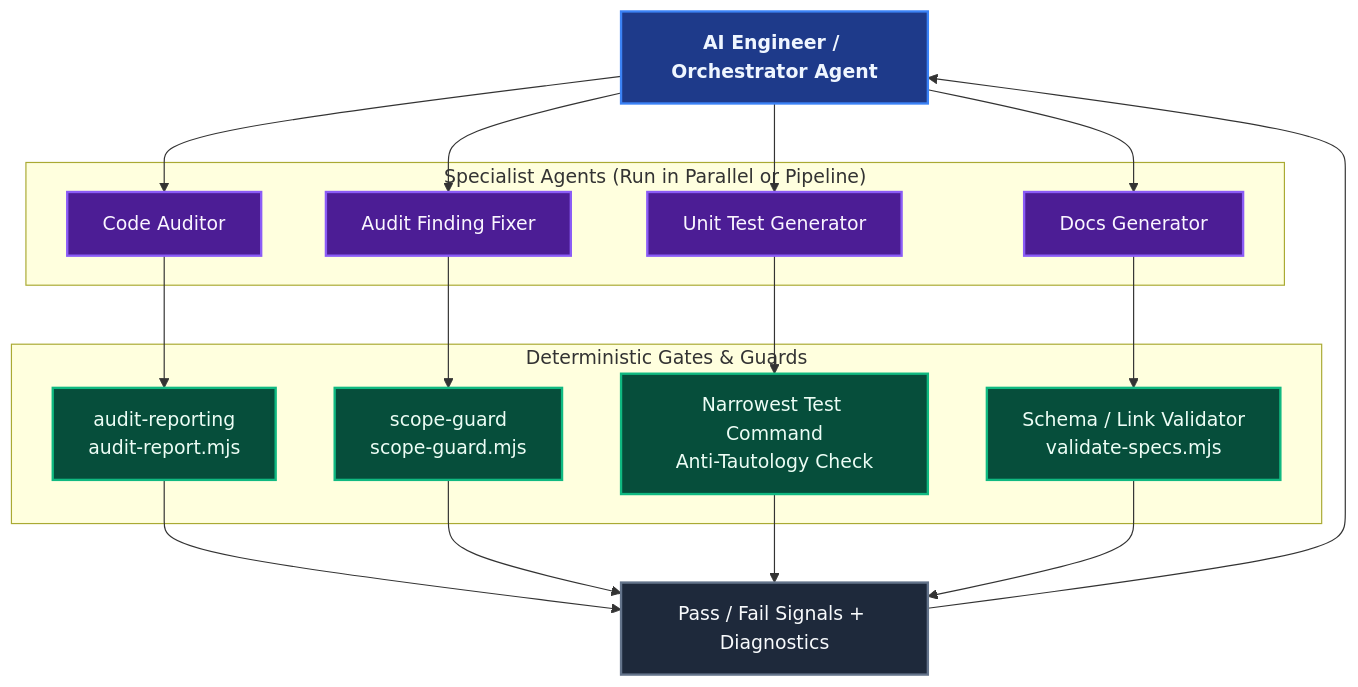
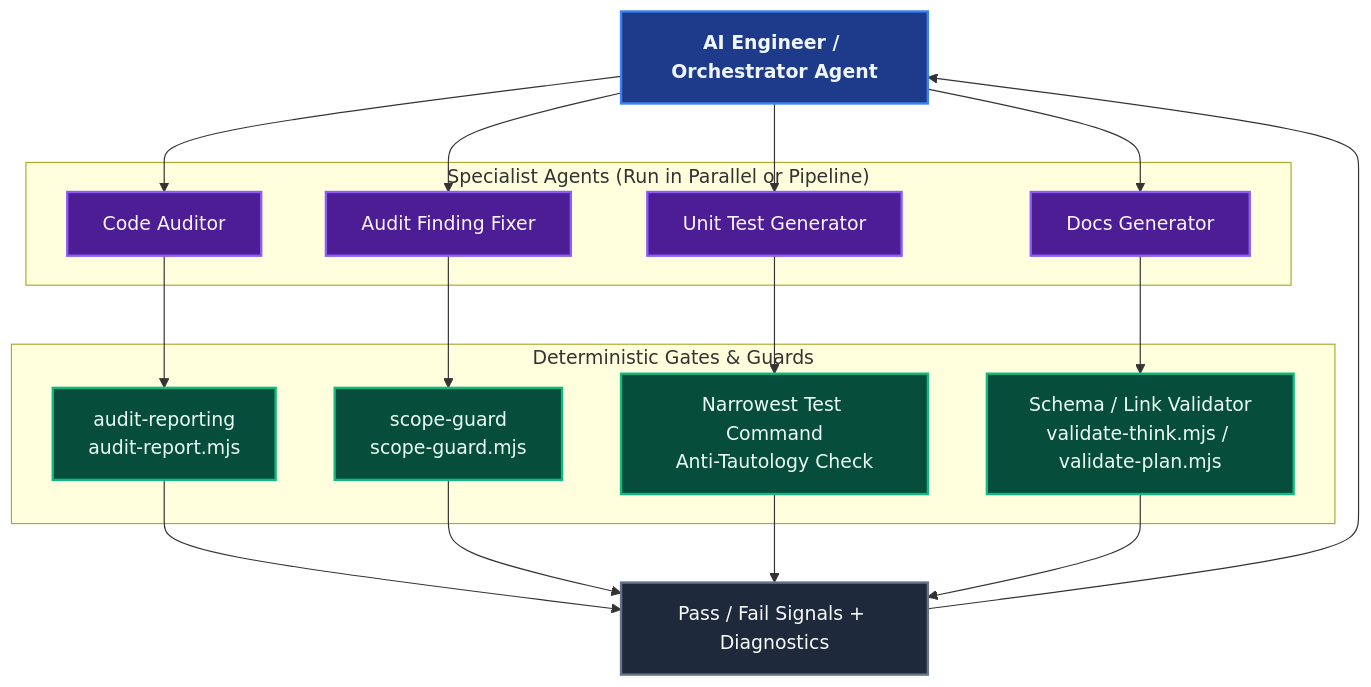
One commit to ALTEN-group/coding-pal changed the third of 3 diagrams in website/docs/guide/deterministic-controls.md. Above: the diagram before and after it, drawn with Mermaid. The commit also changed other lines of this file and 60 other files, not shown here.

````diff
--- a/website/docs/guide/deterministic-controls.md
+++ b/website/docs/guide/deterministic-controls.md
@@ -156,42 +156,42 @@
 ```mermaid
 ---
 caption: Orchestrator Fan-Out Gated by Deterministic Controls
 ---
 flowchart TD
     ENG["<b>AI Engineer / Orchestrator Agent</b>"]
 
     subgraph Fleet ["Specialist Agents (Run in Parallel or Pipeline)"]
         AG1["Code Auditor"]
         AG2["Audit Finding Fixer"]
         AG3["Unit Test Generator"]
         AG4["Docs Generator"]
     end
 
     subgraph Gates ["Deterministic Gates & Guards"]
         V1["audit-reporting<br/>audit-report.mjs"]
         V2["scope-guard<br/>scope-guard.mjs"]
         V3["Narrowest Test Command<br/>Anti-Tautology Check"]
-        V4["Schema / Link Validator<br/>validate-specs.mjs"]
+        V4["Schema / Link Validator<br/>validate-think.mjs / validate-plan.mjs"]
     end
 
     ENG --> AG1 --> V1
     ENG --> AG2 --> V2
     ENG --> AG3 --> V3
     ENG --> AG4 --> V4
 
     V1 --> RESULT["Pass / Fail Signals + Diagnostics"]
     V2 --> RESULT
     V3 --> RESULT
     V4 --> RESULT
     RESULT --> ENG
 
     classDef orchestrator fill:#1e3a8a,stroke:#3b82f6,stroke-width:2px,color:#eff6ff;
     classDef agent fill:#4c1d95,stroke:#8b5cf6,stroke-width:2px,color:#faf5ff;
     classDef gate fill:#064e3b,stroke:#10b981,stroke-width:2px,color:#ecfdf5;
     classDef result fill:#1e293b,stroke:#64748b,stroke-width:2px,color:#f8fafc;
 
     class ENG orchestrator;
     class AG1,AG2,AG3,AG4 agent;
     class V1,V2,V3,V4 gate;
     class RESULT result;
 ```
````
